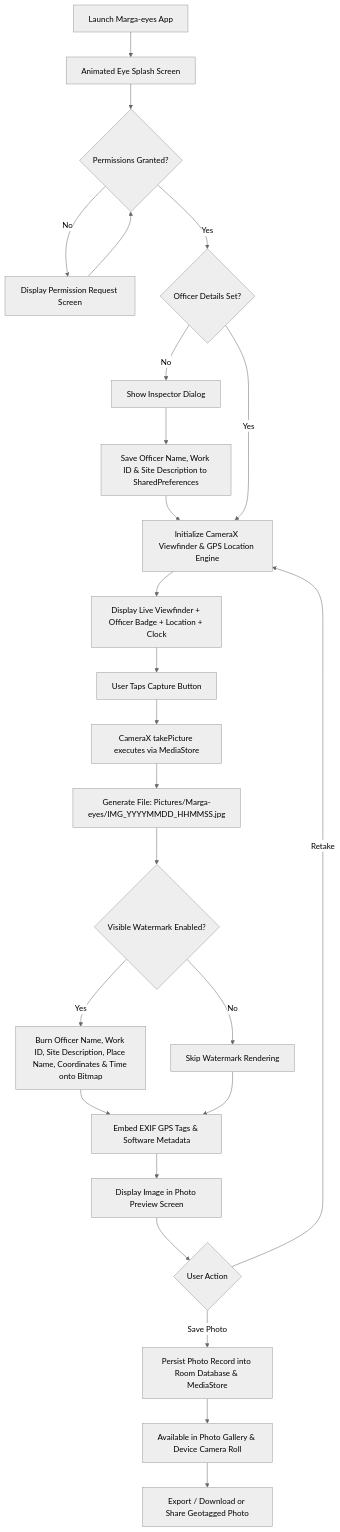
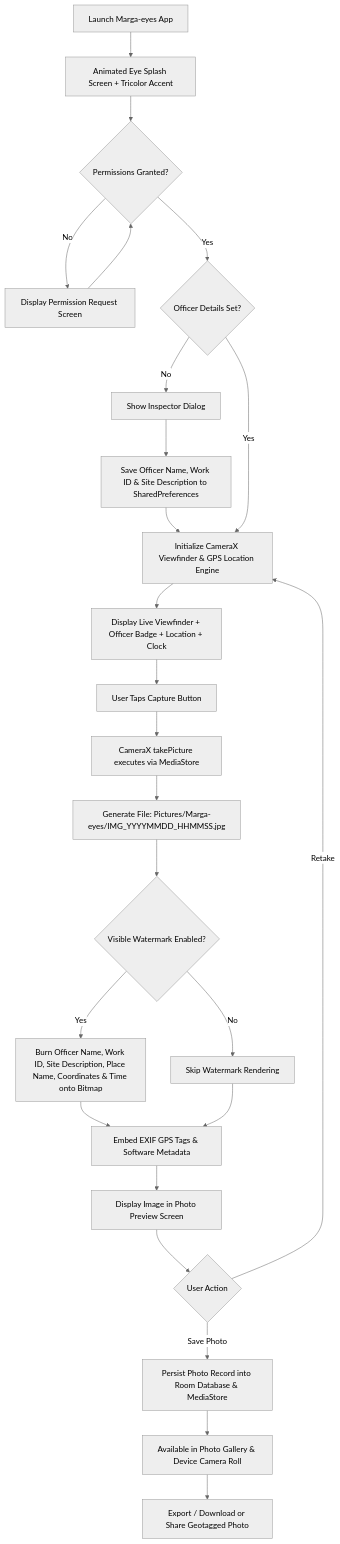
The diagram in requirement.md (rahulshirol1017/margaeye-), drawn with Mermaid (neutral theme) before and after one commit. The commit also changed other lines of this file, not shown here.

Commit message:
Document MARGA Slate Obsidian & Civic Design System Palette in requirement.md

````diff
--- a/requirement.md
+++ b/requirement.md
@@ -29,27 +33,27 @@
 ```mermaid
 flowchart TD
-    A[Launch Marga-eyes App] --> B[Animated Eye Splash Screen]
+    A[Launch Marga-eyes App] --> B[Animated Eye Splash Screen + Tricolor Accent]
     B --> C{Permissions Granted?}
     C -- No --> D[Display Permission Request Screen]
     D --> C
     C -- Yes --> E{Officer Details Set?}
     E -- No --> F[Show Inspector Dialog]
     F --> G[Save Officer Name, Work ID & Site Description to SharedPreferences]
     G --> H[Initialize CameraX Viewfinder & GPS Location Engine]
     E -- Yes --> H
     H --> I[Display Live Viewfinder + Officer Badge + Location + Clock]
     I --> J[User Taps Capture Button]
     J --> K[CameraX takePicture executes via MediaStore]
     K --> L[Generate File: Pictures/Marga-eyes/IMG_YYYYMMDD_HHMMSS.jpg]
     L --> M{Visible Watermark Enabled?}
     M -- Yes --> N[Burn Officer Name, Work ID, Site Description, Place Name, Coordinates & Time onto Bitmap]
     M -- No --> O[Skip Watermark Rendering]
     N --> P[Embed EXIF GPS Tags & Software Metadata]
     O --> P
     P --> Q[Display Image in Photo Preview Screen]
     Q --> R{User Action}
     R -- Retake --> H
     R -- Save Photo --> S[Persist Photo Record into Room Database & MediaStore]
     S --> T[Available in Photo Gallery & Device Camera Roll]
     T --> U[Export / Download or Share Geotagged Photo]
 ```
````
